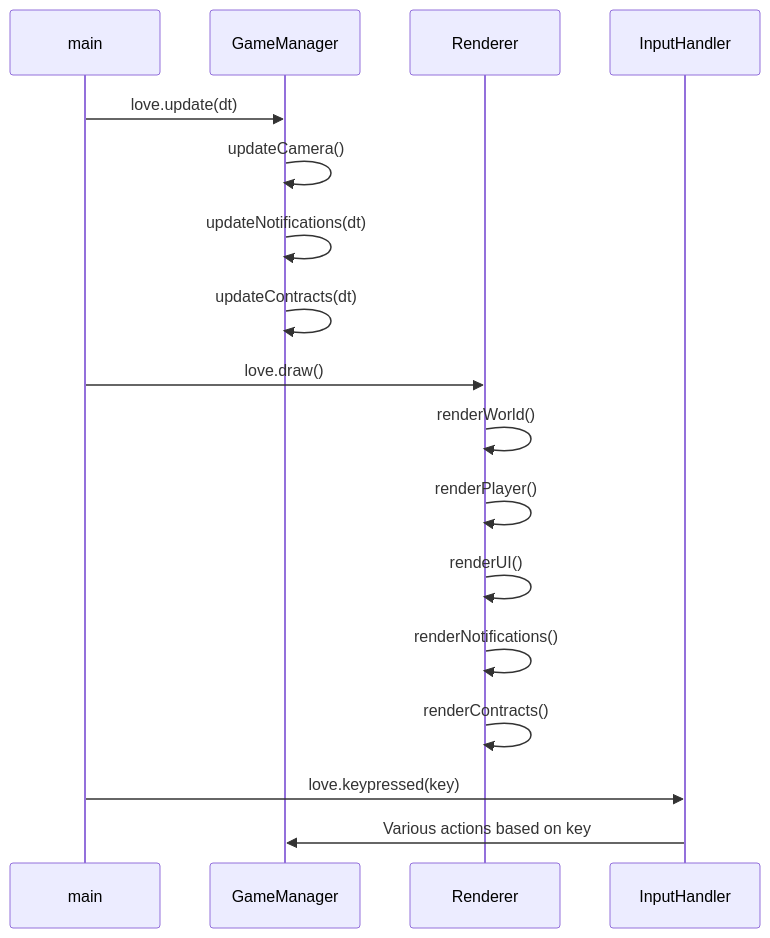
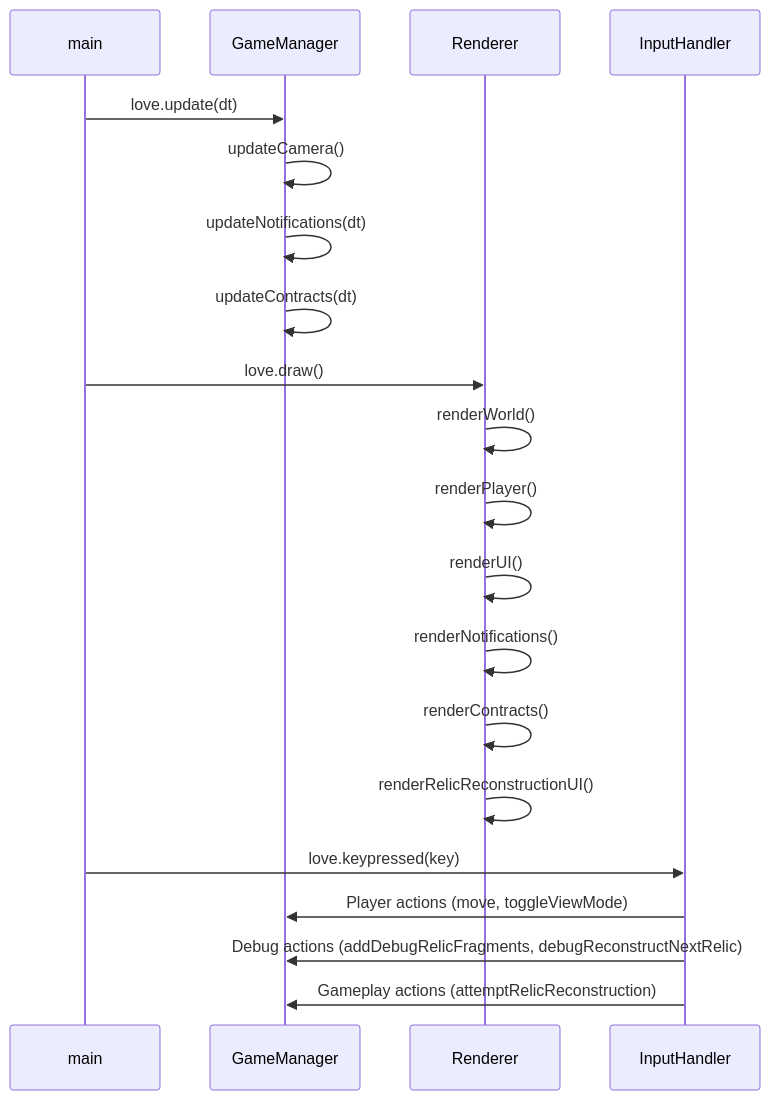
One commit to lmerriam/love2d-vibe-coding changed the third of 6 diagrams in memory-bank/systemPatterns.md. Above: the diagram before and after it, drawn with Mermaid. The commit also changed other lines of this file and 13 other files, not shown here.

First line of the commit message:
feat: Enhance relic system with reconstruction mechanics and UI

````diff
--- a/memory-bank/systemPatterns.md
+++ b/memory-bank/systemPatterns.md
@@ -156,15 +230,18 @@
 ```mermaid
 sequenceDiagram
     main->>GameManager: love.update(dt)
     GameManager->>GameManager: updateCamera()
     GameManager->>GameManager: updateNotifications(dt)
     GameManager->>GameManager: updateContracts(dt)
     main->>Renderer: love.draw()
     Renderer->>Renderer: renderWorld()
     Renderer->>Renderer: renderPlayer()
     Renderer->>Renderer: renderUI()
     Renderer->>Renderer: renderNotifications()
     Renderer->>Renderer: renderContracts()
+    Renderer->>Renderer: renderRelicReconstructionUI()
     main->>InputHandler: love.keypressed(key)
-    InputHandler->>GameManager: Various actions based on key
+    InputHandler->>GameManager: Player actions (move, toggleViewMode)
+    InputHandler->>GameManager: Debug actions (addDebugRelicFragments, debugReconstructNextRelic)
+    InputHandler->>GameManager: Gameplay actions (attemptRelicReconstruction)
 ```
````
